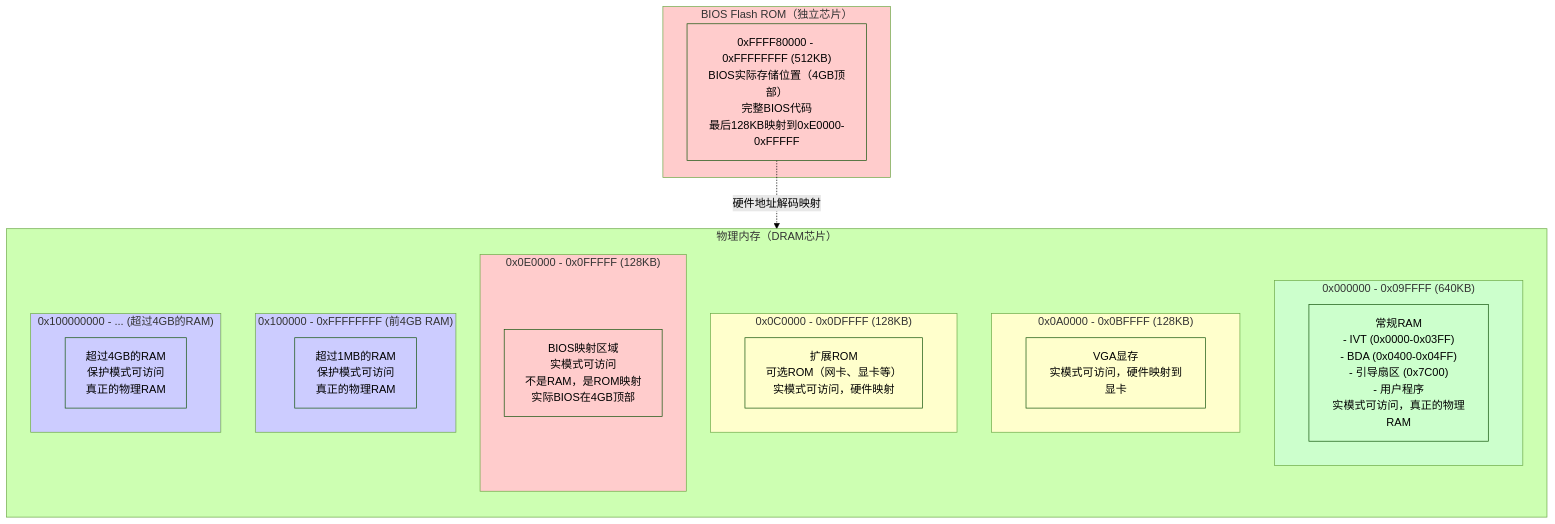
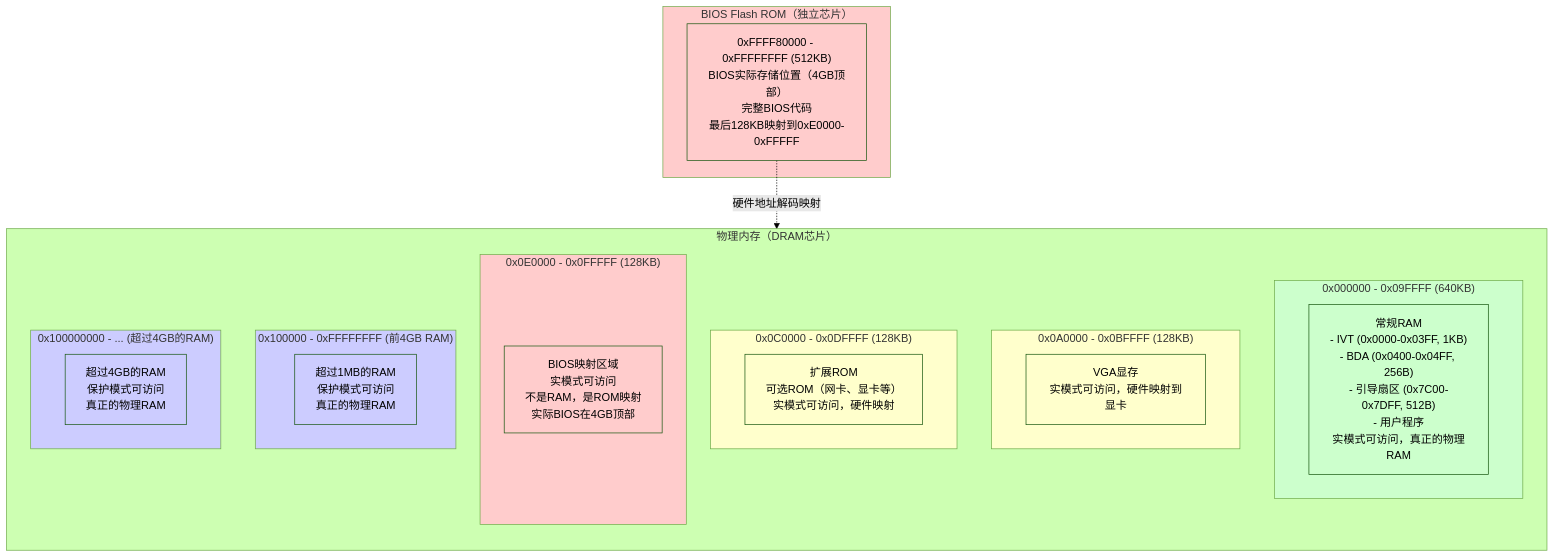
The diagram in BIOS_MEMORY_LAYOUT.md (liweinan/bootimage-example), drawn with Mermaid (forest theme) before and after one commit. The commit also changed other lines of this file, not shown here.

````diff
--- a/BIOS_MEMORY_LAYOUT.md
+++ b/BIOS_MEMORY_LAYOUT.md
@@ -287,51 +287,51 @@
    ```mermaid
    flowchart TB
        subgraph DRAM["物理内存（DRAM芯片）"]
            direction TB
            
            subgraph Low640KB["0x000000 - 0x09FFFF (640KB)"]
-               LowRAM["常规RAM<br/>- IVT (0x0000-0x03FF)<br/>- BDA (0x0400-0x04FF)<br/>- 引导扇区 (0x7C00)<br/>- 用户程序<br/>实模式可访问，真正的物理RAM"]
+               LowRAM["常规RAM<br/>- IVT (0x0000-0x03FF, 1KB)<br/>- BDA (0x0400-0x04FF, 256B)<br/>- 引导扇区 (0x7C00-0x7DFF, 512B)<br/>- 用户程序<br/>实模式可访问，真正的物理RAM"]
            end
            
            subgraph VGARAM["0x0A0000 - 0x0BFFFF (128KB)"]
                VGAMem["VGA显存<br/>实模式可访问，硬件映射到显卡"]
            end
            
            subgraph ExtROM["0x0C0000 - 0x0DFFFF (128KB)"]
                OptionROM["扩展ROM<br/>可选ROM（网卡、显卡等）<br/>实模式可访问，硬件映射"]
            end
            
            subgraph BIOSMap["0x0E0000 - 0x0FFFFF (128KB)"]
                BIOSMapped["BIOS映射区域<br/>实模式可访问<br/>不是RAM，是ROM映射<br/>实际BIOS在4GB顶部"]
            end
            
            subgraph Above1MB["0x100000 - 0xFFFFFFFF (前4GB RAM)"]
                RAM4GB["超过1MB的RAM<br/>保护模式可访问<br/>真正的物理RAM"]
            end
            
            subgraph Above4GB["0x100000000 - ... (超过4GB的RAM)"]
                RAM8GB["超过4GB的RAM<br/>保护模式可访问<br/>真正的物理RAM"]
            end
        end
        
        subgraph BIOSROM["BIOS Flash ROM（独立芯片）"]
            BIOSFull["0xFFFF80000 - 0xFFFFFFFF (512KB)<br/>BIOS实际存储位置（4GB顶部）<br/>完整BIOS代码<br/>最后128KB映射到0xE0000-0xFFFFF"]
        end
        
        BIOSFull -.->|"硬件地址解码映射"| BIOSMapped
        
        style Low640KB fill:#ccffcc
        style LowRAM fill:#ccffcc
        style VGARAM fill:#ffffcc
        style VGAMem fill:#ffffcc
        style ExtROM fill:#ffffcc
        style OptionROM fill:#ffffcc
        style BIOSMap fill:#ffcccc
        style BIOSMapped fill:#ffcccc
        style Above1MB fill:#ccccff
        style RAM4GB fill:#ccccff
        style Above4GB fill:#ccccff
        style RAM8GB fill:#ccccff
        style BIOSROM fill:#ffcccc
        style BIOSFull fill:#ffcccc
    ```
````
